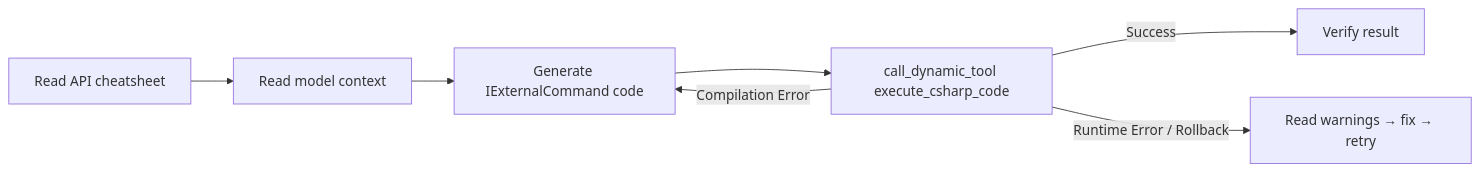
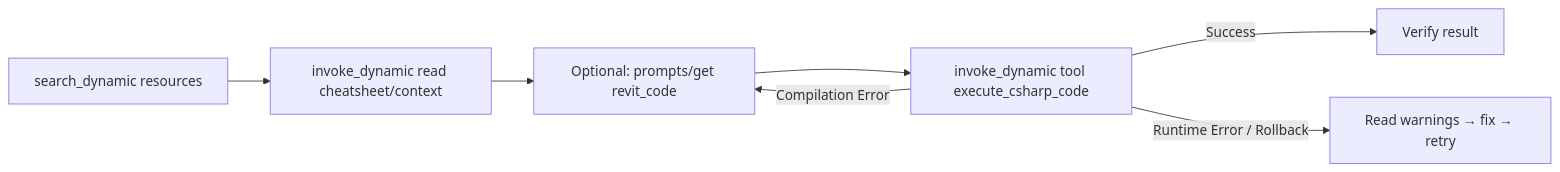
Before and after one commit to trgiangv/RevitDevTool: the first of 4 diagrams in docs/architecture/MCP/workflows.md, drawn with Mermaid. The commit also changed other lines of this file and 32 other files, not shown here.

First line of the commit message:
docs(mcp): platform architecture and product contracts for SDK 2.0

````diff
--- a/docs/architecture/MCP/workflows.md
+++ b/docs/architecture/MCP/workflows.md
@@ -9,9 +9,9 @@
 ```mermaid
 flowchart LR
-    A[Read API cheatsheet] --> B[Read model context]
-    B --> C[Generate IExternalCommand code]
-    C --> D[call_dynamic_tool execute_csharp_code]
+    A[search_dynamic resources] --> B[invoke_dynamic read cheatsheet/context]
+    B --> C[Optional: prompts/get revit_code]
+    C --> D[invoke_dynamic tool execute_csharp_code]
     D -->|Success| E[Verify result]
     D -->|Compilation Error| C
     D -->|Runtime Error / Rollback| F[Read warnings → fix → retry]
 ```
````
